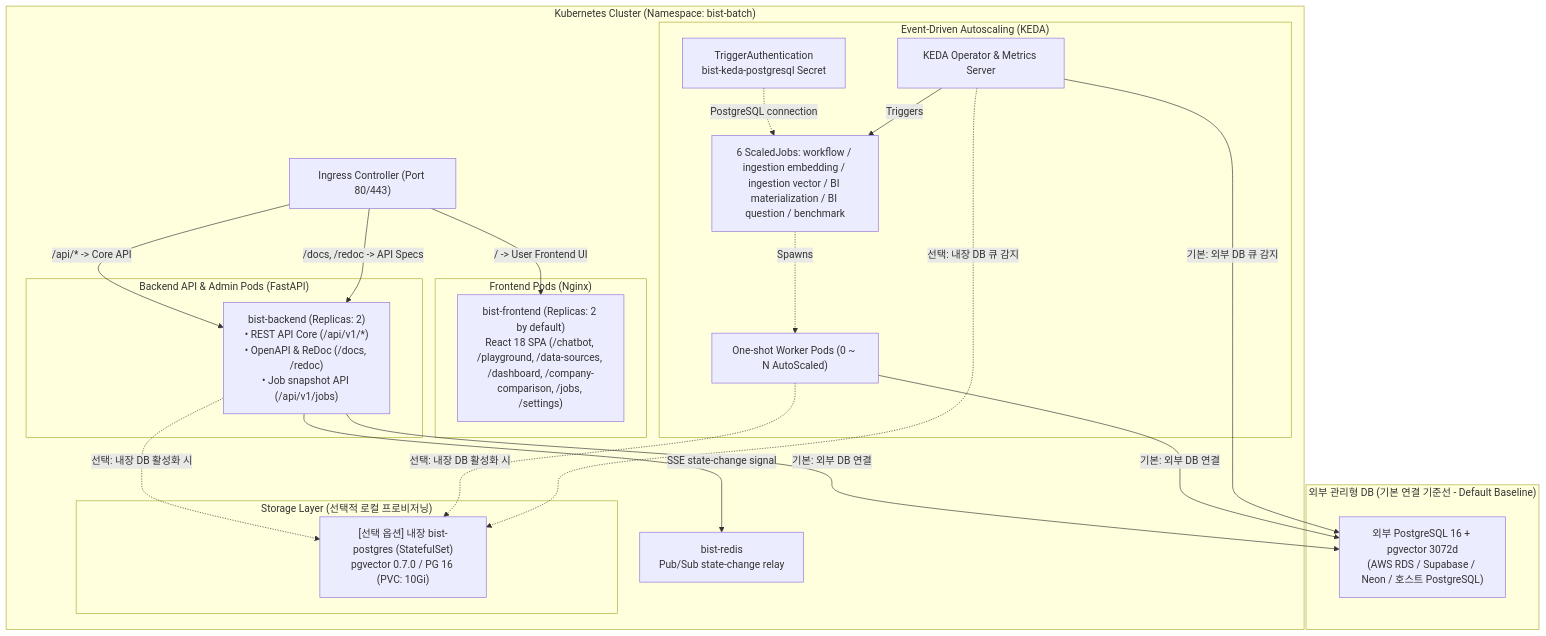
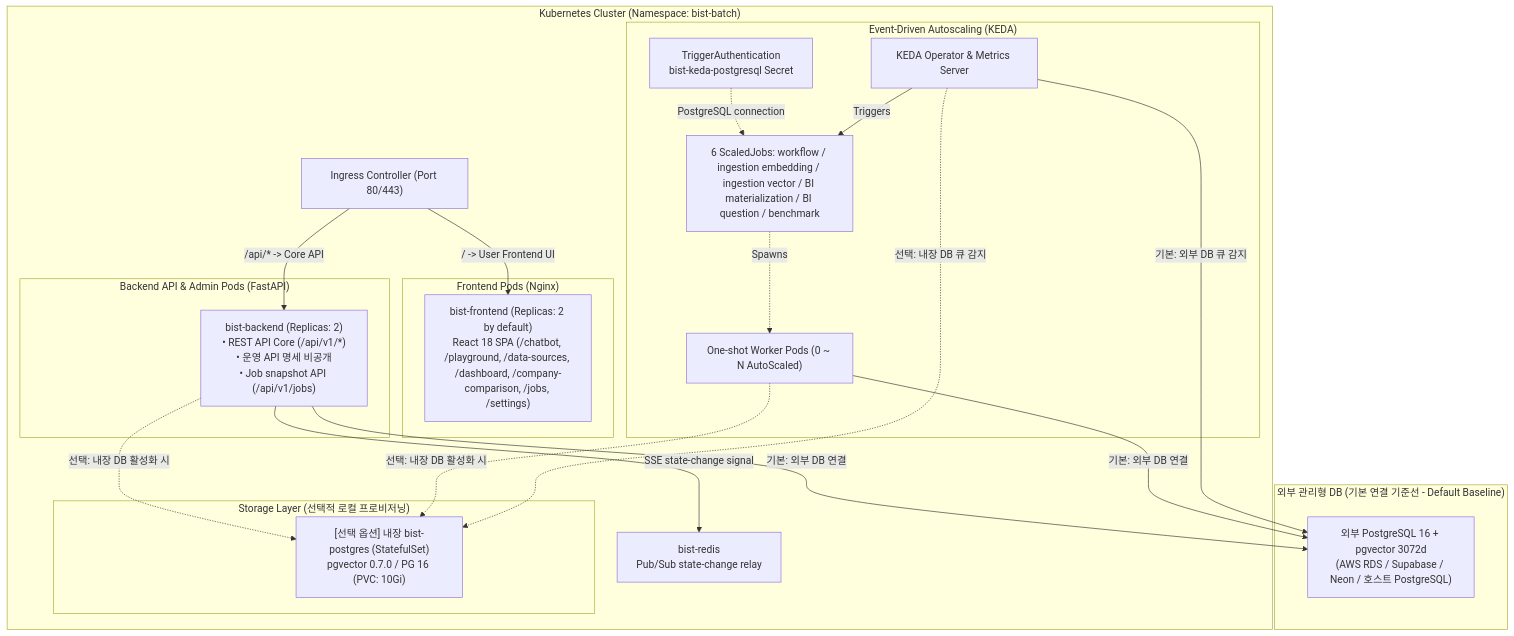
One commit to bist-mini-final/bist-mini-final changed the first of 3 diagrams in docs/blueprints/01_system_blueprints/BP-104_deployment_and_infra_topology.md. Above: the diagram before and after it, drawn with Mermaid. The commit also changed other lines of this file and 146 other files, not shown here.

````diff
--- a/docs/blueprints/01_system_blueprints/BP-104_deployment_and_infra_topology.md
+++ b/docs/blueprints/01_system_blueprints/BP-104_deployment_and_infra_topology.md
@@ -12,46 +12,45 @@
 ```mermaid
 graph TB
     subgraph ExternalDBGroup ["외부 관리형 DB (기본 연결 기준선 - Default Baseline)"]
         PG_EXTERNAL["외부 PostgreSQL 16 + pgvector 3072d<br>(AWS RDS / Supabase / Neon / 호스트 PostgreSQL)"]
     end
 
     subgraph K8sCluster ["Kubernetes Cluster (Namespace: bist-batch)"]
         INGRESS["Ingress Controller (Port 80/443)"]
 
         subgraph FrontendGroup ["Frontend Pods (Nginx)"]
             FE["bist-frontend (Replicas: 2 by default)<br>React 18 SPA (/chatbot, /playground, /data-sources, /dashboard, /company-comparison, /jobs, /settings)"]
         end
 
         subgraph BackendGroup ["Backend API & Admin Pods (FastAPI)"]
-            BE["bist-backend (Replicas: 2)<br>• REST API Core (/api/v1/*)<br>• OpenAPI & ReDoc (/docs, /redoc)<br>• Job snapshot API (/api/v1/jobs)"]
+            BE["bist-backend (Replicas: 2)<br>• REST API Core (/api/v1/*)<br>• 운영 API 명세 비공개<br>• Job snapshot API (/api/v1/jobs)"]
         end
 
         REDIS["bist-redis<br>Pub/Sub state-change relay"]
 
         subgraph OptionalStorageGroup ["Storage Layer (선택적 로컬 프로비저닝)"]
             PG_INTERNAL["[선택 옵션] 내장 bist-postgres (StatefulSet)<br>pgvector 0.7.0 / PG 16 (PVC: 10Gi)"]
         end
 
         subgraph KedaGroup ["Event-Driven Autoscaling (KEDA)"]
             KEDA_OP["KEDA Operator & Metrics Server"]
             SCALED_JOB["6 ScaledJobs: workflow / ingestion embedding / ingestion vector / BI materialization / BI question / benchmark"]
             AUTH["TriggerAuthentication<br>bist-keda-postgresql Secret"]
             WORKER_PODS["One-shot Worker Pods (0 ~ N AutoScaled)"]
             SCALED_JOB -.->|Spawns| WORKER_PODS
             AUTH -.->|PostgreSQL connection| SCALED_JOB
         end
     end
 
     INGRESS -->|/ -> User Frontend UI| FE
     INGRESS -->|/api/* -> Core API| BE
-    INGRESS -->|/docs, /redoc -> API Specs| BE
 
     BE -->|기본: 외부 DB 연결| PG_EXTERNAL
     BE -->|SSE state-change signal| REDIS
     BE -.->|선택: 내장 DB 활성화 시| PG_INTERNAL
     WORKER_PODS -->|기본: 외부 DB 연결| PG_EXTERNAL
     WORKER_PODS -.->|선택: 내장 DB 활성화 시| PG_INTERNAL
     KEDA_OP -->|기본: 외부 DB 큐 감지| PG_EXTERNAL
     KEDA_OP -.->|선택: 내장 DB 큐 감지| PG_INTERNAL
     KEDA_OP -->|Triggers| SCALED_JOB
 ```
````
